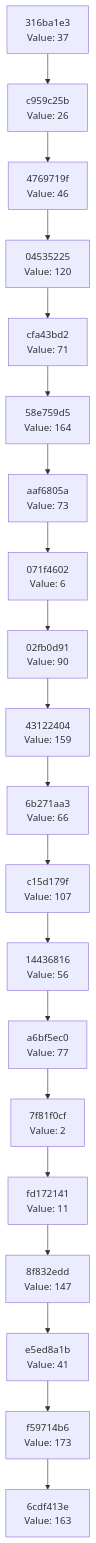
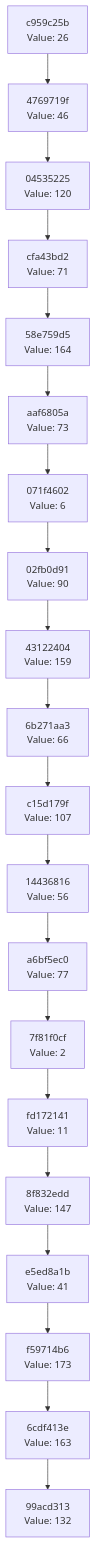
The diagram in docs/CHAIN_VISUALIZATION.md (Abhisheksinha1506/hash-chain-evolver), drawn with Mermaid before and after one commit. The commit also changed 3 other files, not shown here.

````diff
--- a/docs/CHAIN_VISUALIZATION.md
+++ b/docs/CHAIN_VISUALIZATION.md
@@ -3,42 +3,42 @@
 ```mermaid
 graph TD
-    C0["6cdf413e<br/>Value: 163"]
-    C1["f59714b6<br/>Value: 173"]
+    C0["99acd313<br/>Value: 132"]
+    C1["6cdf413e<br/>Value: 163"]
     C1 --> C0
-    C2["e5ed8a1b<br/>Value: 41"]
+    C2["f59714b6<br/>Value: 173"]
     C2 --> C1
-    C3["8f832edd<br/>Value: 147"]
+    C3["e5ed8a1b<br/>Value: 41"]
     C3 --> C2
-    C4["fd172141<br/>Value: 11"]
+    C4["8f832edd<br/>Value: 147"]
     C4 --> C3
-    C5["7f81f0cf<br/>Value: 2"]
+    C5["fd172141<br/>Value: 11"]
     C5 --> C4
-    C6["a6bf5ec0<br/>Value: 77"]
+    C6["7f81f0cf<br/>Value: 2"]
     C6 --> C5
-    C7["14436816<br/>Value: 56"]
+    C7["a6bf5ec0<br/>Value: 77"]
     C7 --> C6
-    C8["c15d179f<br/>Value: 107"]
+    C8["14436816<br/>Value: 56"]
     C8 --> C7
-    C9["6b271aa3<br/>Value: 66"]
+    C9["c15d179f<br/>Value: 107"]
     C9 --> C8
-    C10["43122404<br/>Value: 159"]
+    C10["6b271aa3<br/>Value: 66"]
     C10 --> C9
-    C11["02fb0d91<br/>Value: 90"]
+    C11["43122404<br/>Value: 159"]
     C11 --> C10
-    C12["071f4602<br/>Value: 6"]
+    C12["02fb0d91<br/>Value: 90"]
     C12 --> C11
-    C13["aaf6805a<br/>Value: 73"]
+    C13["071f4602<br/>Value: 6"]
     C13 --> C12
-    C14["58e759d5<br/>Value: 164"]
+    C14["aaf6805a<br/>Value: 73"]
     C14 --> C13
-    C15["cfa43bd2<br/>Value: 71"]
+    C15["58e759d5<br/>Value: 164"]
     C15 --> C14
-    C16["04535225<br/>Value: 120"]
+    C16["cfa43bd2<br/>Value: 71"]
     C16 --> C15
-    C17["4769719f<br/>Value: 46"]
+    C17["04535225<br/>Value: 120"]
     C17 --> C16
-    C18["c959c25b<br/>Value: 26"]
+    C18["4769719f<br/>Value: 46"]
     C18 --> C17
-    C19["316ba1e3<br/>Value: 37"]
+    C19["c959c25b<br/>Value: 26"]
     C19 --> C18
 ```
````
